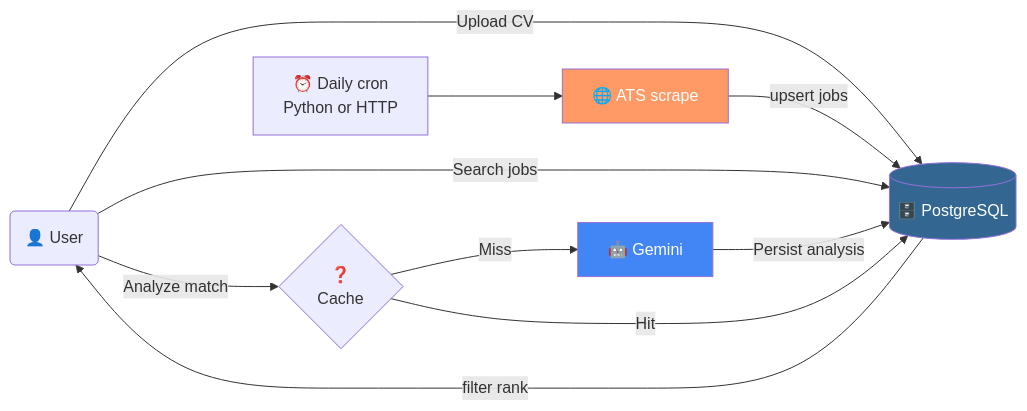
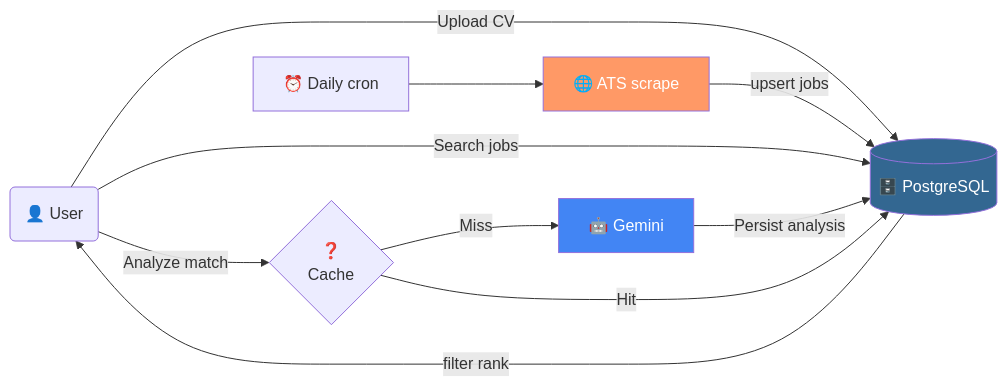
The first of 2 diagrams in README.md (noynayler/findy), drawn with Mermaid before and after one commit. The commit also changed other lines of this file and 1 other file, not shown here.

First line of the commit message:
docs: shorten daily scrape README; tweak render.yaml

````diff
--- a/README.md
+++ b/README.md
@@ -45,23 +45,23 @@
 ```mermaid
 flowchart LR
     User("👤 User")
     DB[("🗄️ PostgreSQL")]
-    Cron["⏰ Daily cron\nPython or HTTP"]
+    Cron["⏰ Daily cron"]
     Scrape["🌐 ATS scrape"]
     AI["🤖 Gemini"]
     Logic{"❓\n Cache"}
 
     User -->|Upload CV| DB
     Cron --> Scrape
     Scrape -->|upsert jobs| DB
     User -->|Search jobs| DB
     DB -->|filter rank| User
     User -->|Analyze match| Logic
     Logic -->|Miss| AI
     AI -->|Persist analysis| DB
     Logic -->|Hit| DB
 
     style DB fill:#336791,color:#fff
     style AI fill:#4285f4,color:#fff
     style Scrape fill:#f96,color:#fff
 ```
````
